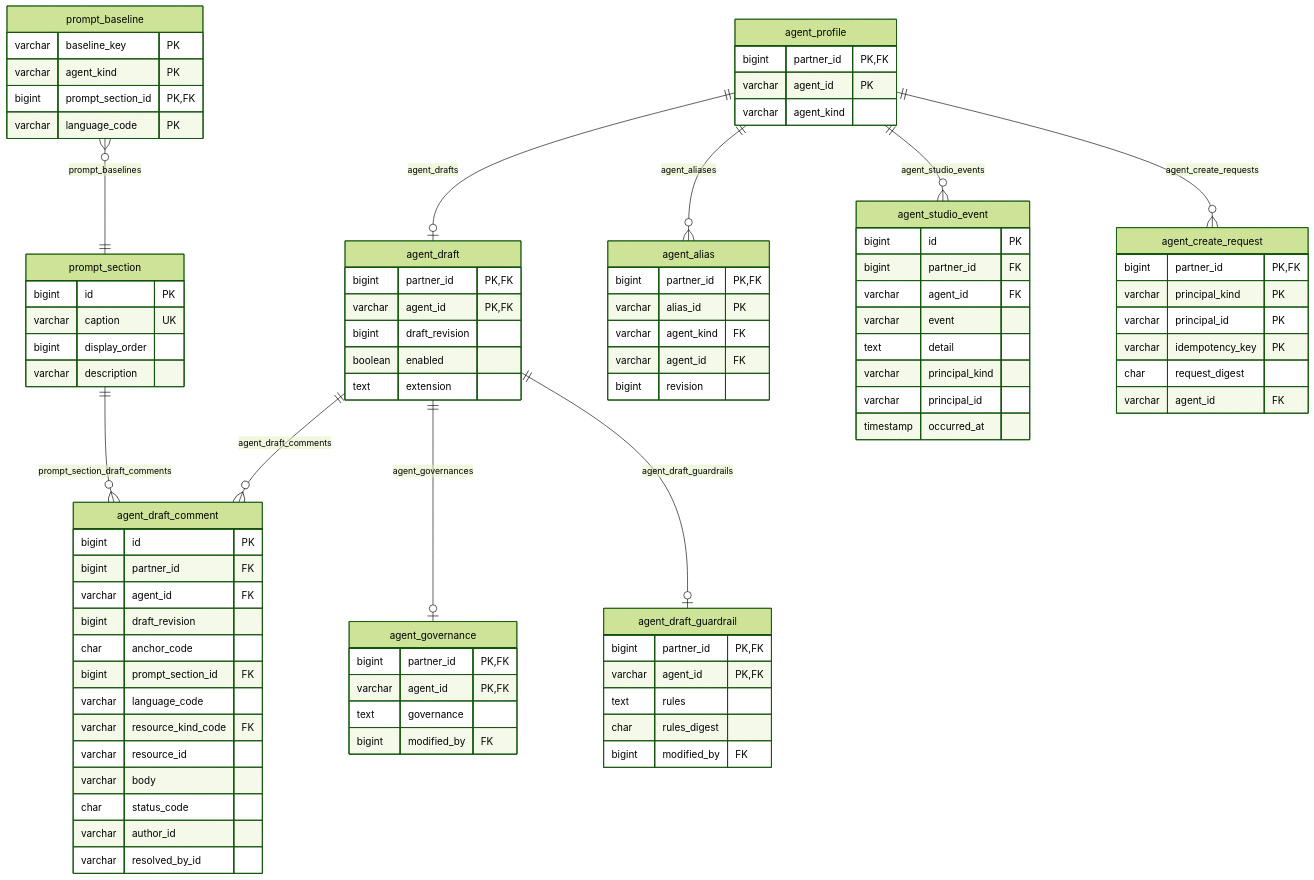
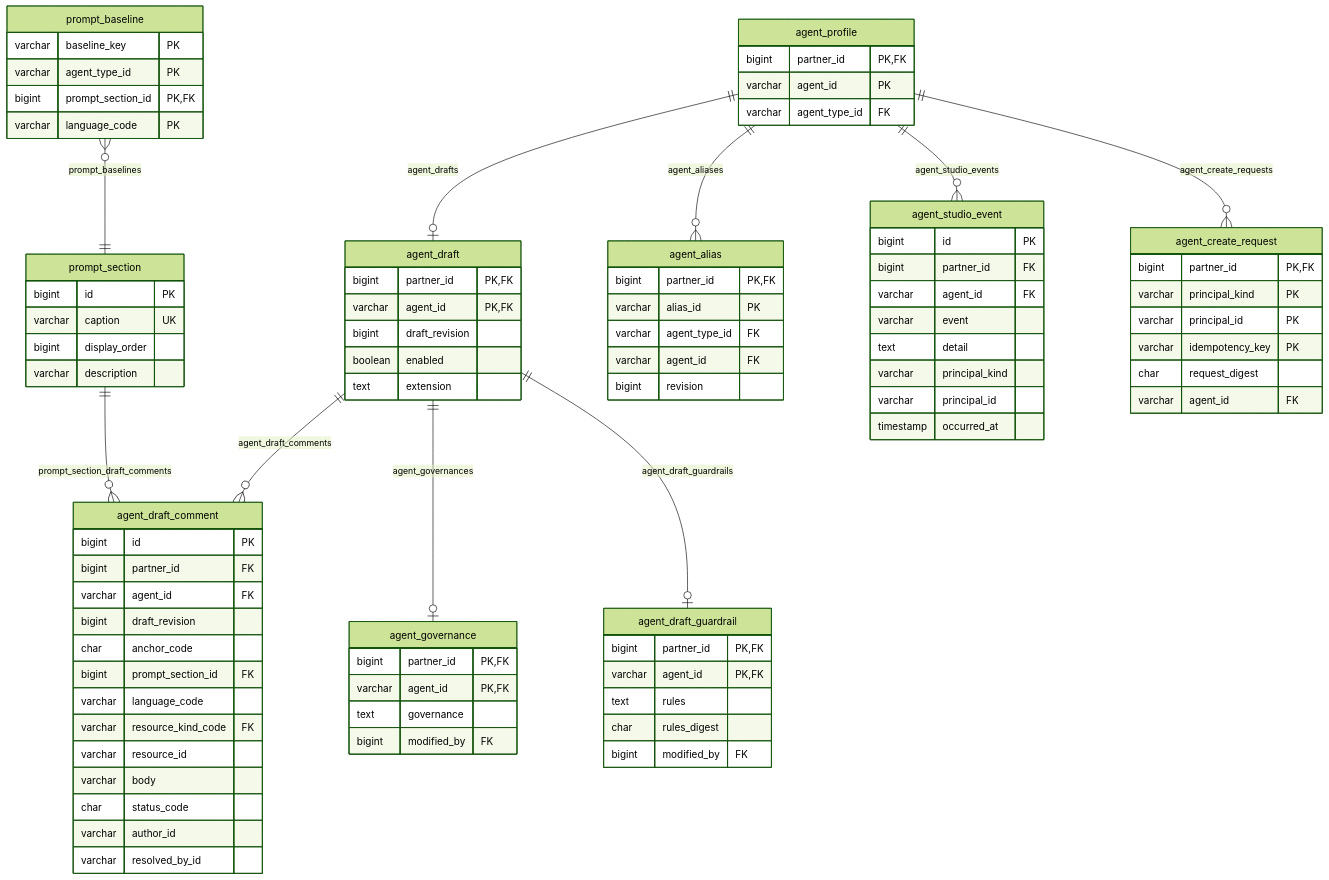
Before and after one commit to nauticana/scout: the sixth of 24 diagrams in doc/database.md, drawn with Mermaid (forest theme). The commit also changed other lines of this file and 84 other files, not shown here.

```diff
--- a/doc/database.md
+++ b/doc/database.md
@@ -891,7 +904,7 @@
     agent_profile {
         bigint partner_id PK,FK
         varchar agent_id PK
-        varchar agent_kind
+        varchar agent_type_id FK
     }
     agent_draft {
         bigint partner_id PK,FK
@@ -903,7 +916,7 @@
     agent_alias {
         bigint partner_id PK,FK
         varchar alias_id PK
-        varchar agent_kind FK
+        varchar agent_type_id FK
         varchar agent_id FK
         bigint revision
     }
@@ -915,7 +928,7 @@
     }
     prompt_baseline {
         varchar baseline_key PK
-        varchar agent_kind PK
+        varchar agent_type_id PK
         bigint prompt_section_id PK,FK
         varchar language_code PK
     }
```
